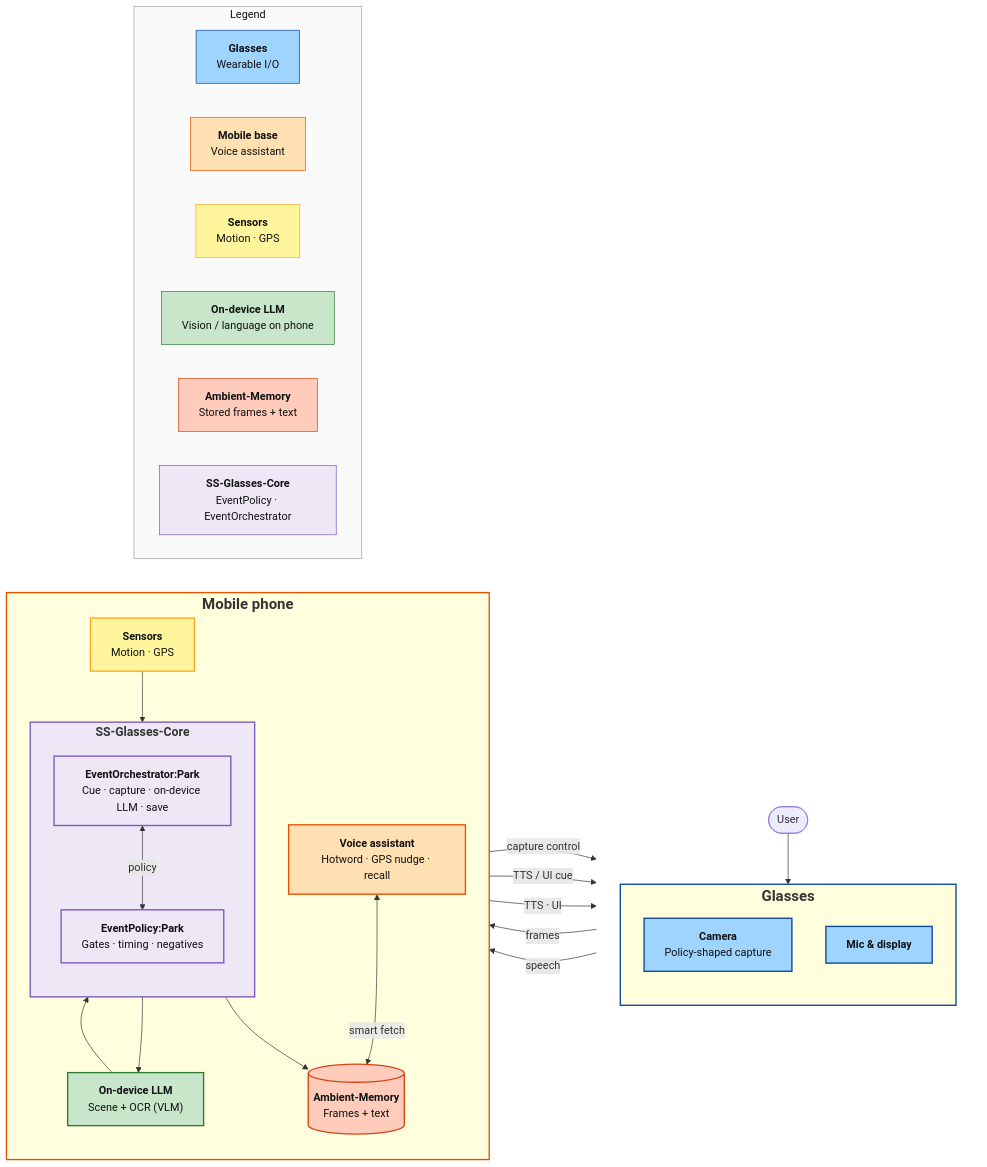
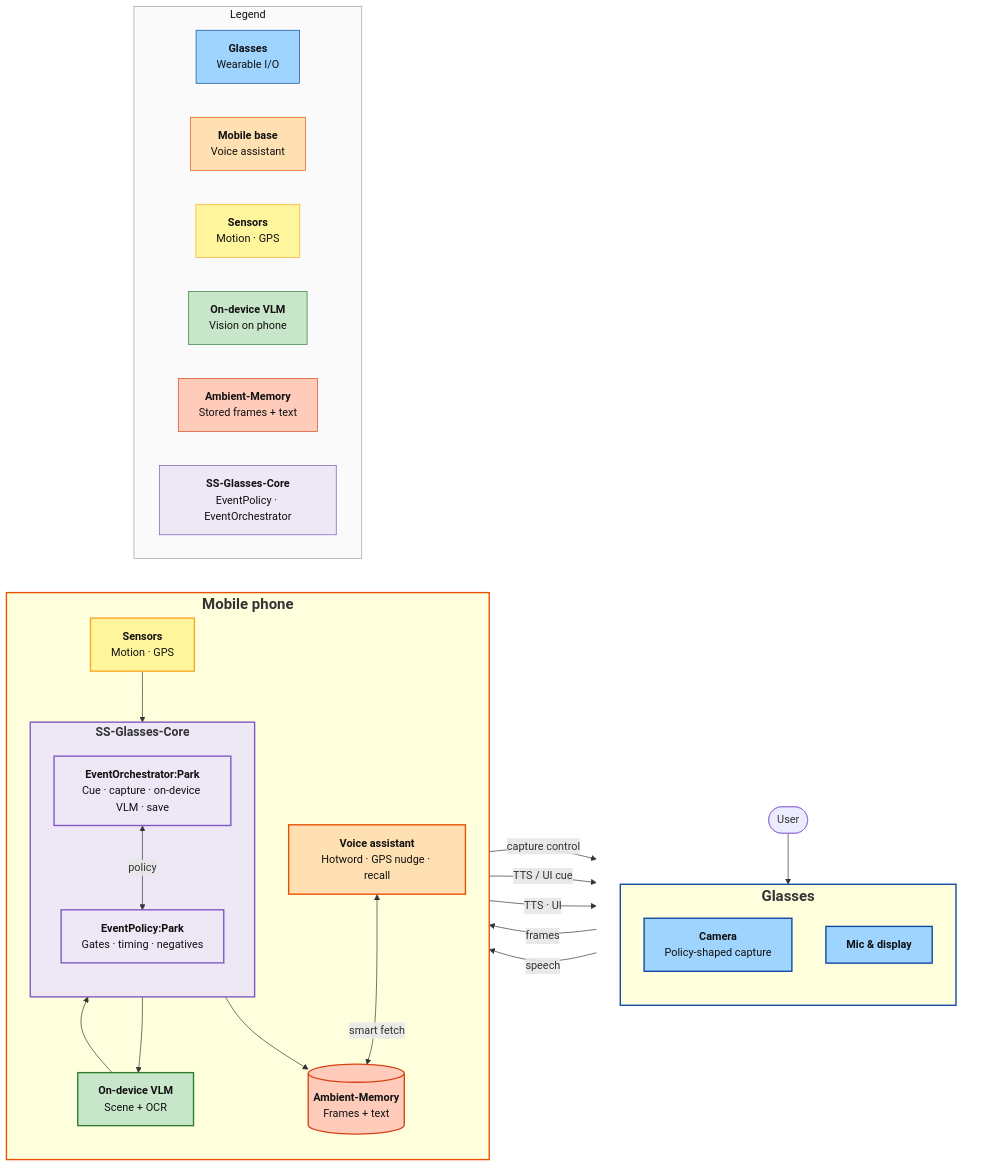
Before and after one commit to penkesiva/wer-26: the diagram in tmp/idea2_mark_car_parking_spot_architecture.mermaid, drawn with Mermaid. The commit also changed 2 other files, not shown here.

Commit message:
docs(idea2): add event flows and rename on-device LLM to VLM
Document mark-parking and recall flows in idea2.md and align architecture
labels with on-device VLM terminology.

```diff
--- a/tmp/idea2_mark_car_parking_spot_architecture.mermaid
+++ b/tmp/idea2_mark_car_parking_spot_architecture.mermaid
@@ -1,90 +1,90 @@
 %% Idea 2 — Mark Car Parking Spot · mermaid.live
 %% LR columns: Glasses | Mobile (voice assistant inside) — Mic↔VA across column boundary
 %% <b>…</b> = bold title inside a box
 %% Glasses / Mobile phone labels: centered (native subgraph title), big + bold via HTML
 %%{init: {'flowchart': {'htmlLabels': true}}}%%
 
 flowchart LR
     subgraph GCol[" "]
         direction TB
         User([User])
         subgraph Glasses["<b><span style='font-size:22px'>Glasses</span></b>"]
             direction TB
             Cam["<b>Camera</b><br/>Policy-shaped capture"]
             Mic["<b>Mic & display</b>"]
         end
     end
 
     subgraph Mobile["<b><span style='font-size:22px'>Mobile phone</span></b>"]
         direction TB
         VA["<b>Voice assistant</b><br/>Hotword · GPS nudge · recall"]
         Sens["<b>Sensors</b><br/>Motion · GPS"]
         subgraph SSGC["<b><span style='font-size:18px'>SS-Glasses-Core</span></b>"]
             direction TB
             PolicyCP["<b>EventPolicy:Park</b><br/>Gates · timing · negatives"]
-            OrchCP["<b>EventOrchestrator:Park</b><br/>Cue · capture · on-device LLM · save"]
+            OrchCP["<b>EventOrchestrator:Park</b><br/>Cue · capture · on-device VLM · save"]
         end
-        VLM["<b>On-device LLM</b><br/>Scene + OCR (VLM)"]
+        VLM["<b>On-device VLM</b><br/>Scene + OCR"]
         AMEM[("<b>Ambient-Memory</b><br/>Frames + text")]
     end
 
     subgraph Legend["Legend"]
         direction LR
         LgG["<b>Glasses</b><br/>Wearable I/O"]
         LgM["<b>Mobile base</b><br/>Voice assistant"]
         LgSen["<b>Sensors</b><br/>Motion · GPS"]
-        LgL["<b>On-device LLM</b><br/>Vision / language on phone"]
+        LgL["<b>On-device VLM</b><br/>Vision on phone"]
         LgA["<b>Ambient-Memory</b><br/>Stored frames + text"]
         LgS["<b>SS-Glasses-Core</b><br/>EventPolicy · EventOrchestrator"]
     end
 
     Sens --> OrchCP
     OrchCP <-->|policy| PolicyCP
 
     Cam -->|"frames"| OrchCP
     OrchCP -->|"capture control"| Cam
     OrchCP -->|"TTS / UI cue"| Mic
 
     OrchCP --> VLM
     VLM --> OrchCP
     OrchCP --> AMEM
 
     User --> Mic
     Mic -->|speech| VA
     VA -->|TTS · UI| Mic
     VA <-->|smart fetch| AMEM
 
     classDef glasses fill:#9fd4ff,stroke:#0d47a1,color:#111,stroke-width:2px
     classDef mobile fill:#ffe0b2,stroke:#e65100,color:#111,stroke-width:2px
     classDef sensors fill:#fff59d,stroke:#f9a825,color:#111,stroke-width:2px
-    classDef onDeviceLlm fill:#c8e6c9,stroke:#2e7d32,color:#111,stroke-width:2px
+    classDef onDeviceVlm fill:#c8e6c9,stroke:#2e7d32,color:#111,stroke-width:2px
     classDef ambientMem fill:#ffccbc,stroke:#d84315,color:#111,stroke-width:2px
     classDef ssCoreLight fill:#ede7f6,stroke:#7e57c2,color:#111,stroke-width:2px
     classDef legendGlasses fill:#9fd4ff,stroke:#0d47a1,color:#111
     classDef legendMobile fill:#ffe0b2,stroke:#e65100,color:#111
     classDef legendSensors fill:#fff59d,stroke:#f9a825,color:#111
-    classDef legendLlm fill:#c8e6c9,stroke:#2e7d32,color:#111
+    classDef legendVlm fill:#c8e6c9,stroke:#2e7d32,color:#111
     classDef legendAmbient fill:#ffccbc,stroke:#d84315,color:#111
     classDef legendSS fill:#ede7f6,stroke:#7e57c2,color:#111
     classDef legendFrame fill:#fafafa,stroke:#9e9e9e,color:#111
     classDef colHidden fill:none,stroke:none,color:#111
 
     style SSGC fill:#ede7f6,stroke:#7e57c2,stroke-width:2px
     style GCol fill:none,stroke:none
     style Glasses stroke:#0d47a1,stroke-width:2px
     style Mobile stroke:#e65100,stroke-width:2px
 
     class Cam,Mic glasses
     class Sens sensors
     class VA mobile
-    class VLM onDeviceLlm
+    class VLM onDeviceVlm
     class AMEM ambientMem
     class PolicyCP,OrchCP ssCoreLight
     class GCol colHidden
     class Legend legendFrame
     class LgG legendGlasses
     class LgM legendMobile
     class LgSen legendSensors
-    class LgL legendLlm
+    class LgL legendVlm
     class LgA legendAmbient
     class LgS legendSS
```
